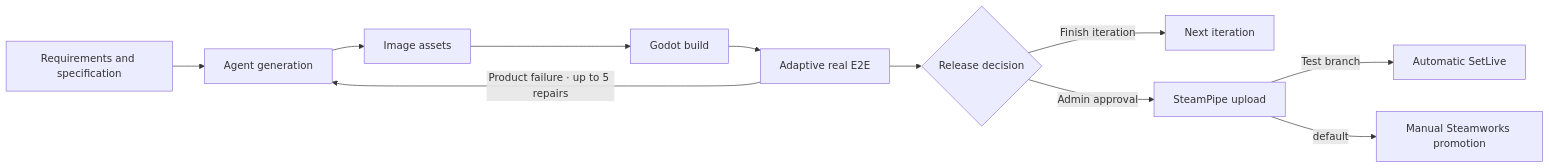
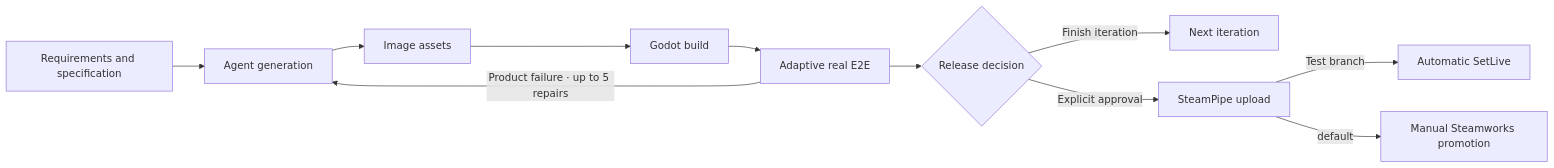
One commit to asssaver97/DeviLudo changed the first of 2 diagrams in README.md. Above: the diagram before and after it, drawn with Mermaid. The commit also changed other lines of this file and 100 other files, not shown here.

````diff
--- a/README.md
+++ b/README.md
@@ -41,13 +42,13 @@
 ```mermaid
 flowchart LR
     A[Requirements and specification] --> B[Agent generation]
     B --> C[Image assets]
     C --> D[Godot build]
     D --> E[Adaptive real E2E]
     E -->|Product failure · up to 5 repairs| B
     E --> F{Release decision}
     F -->|Finish iteration| G[Next iteration]
-    F -->|Admin approval| H[SteamPipe upload]
+    F -->|Explicit approval| H[SteamPipe upload]
     H -->|Test branch| I[Automatic SetLive]
     H -->|default| J[Manual Steamworks promotion]
 ```
````
